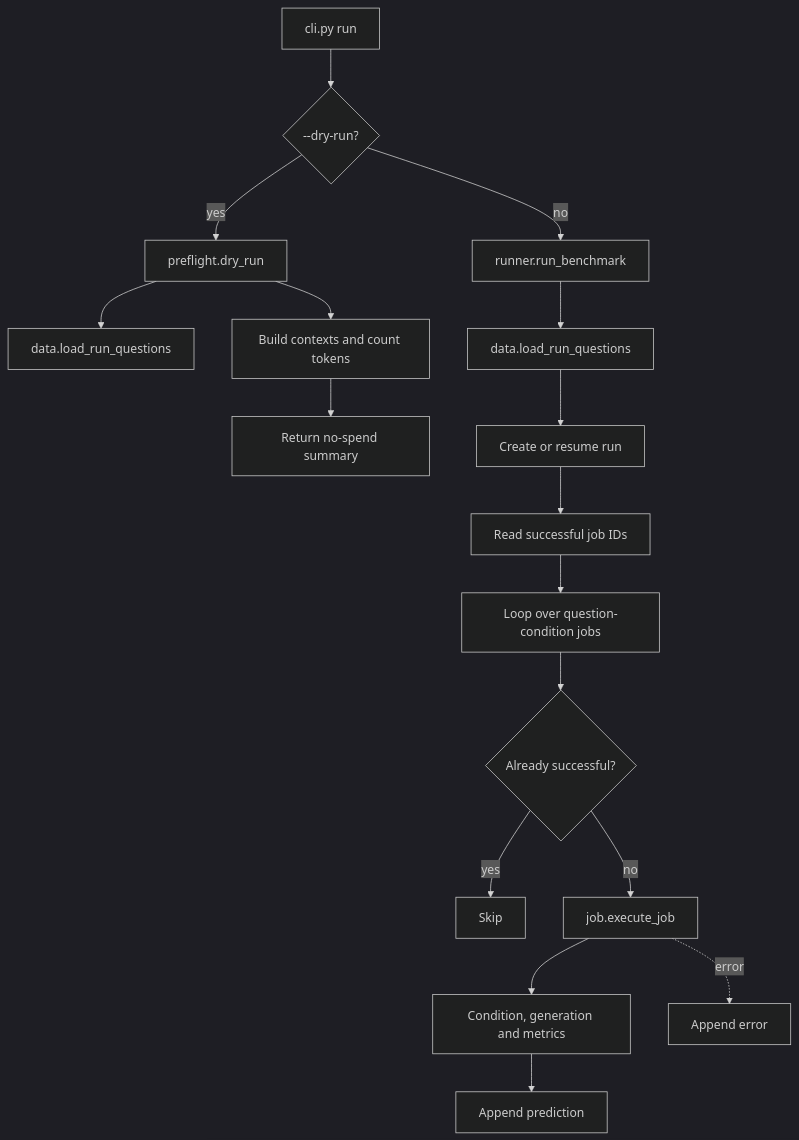
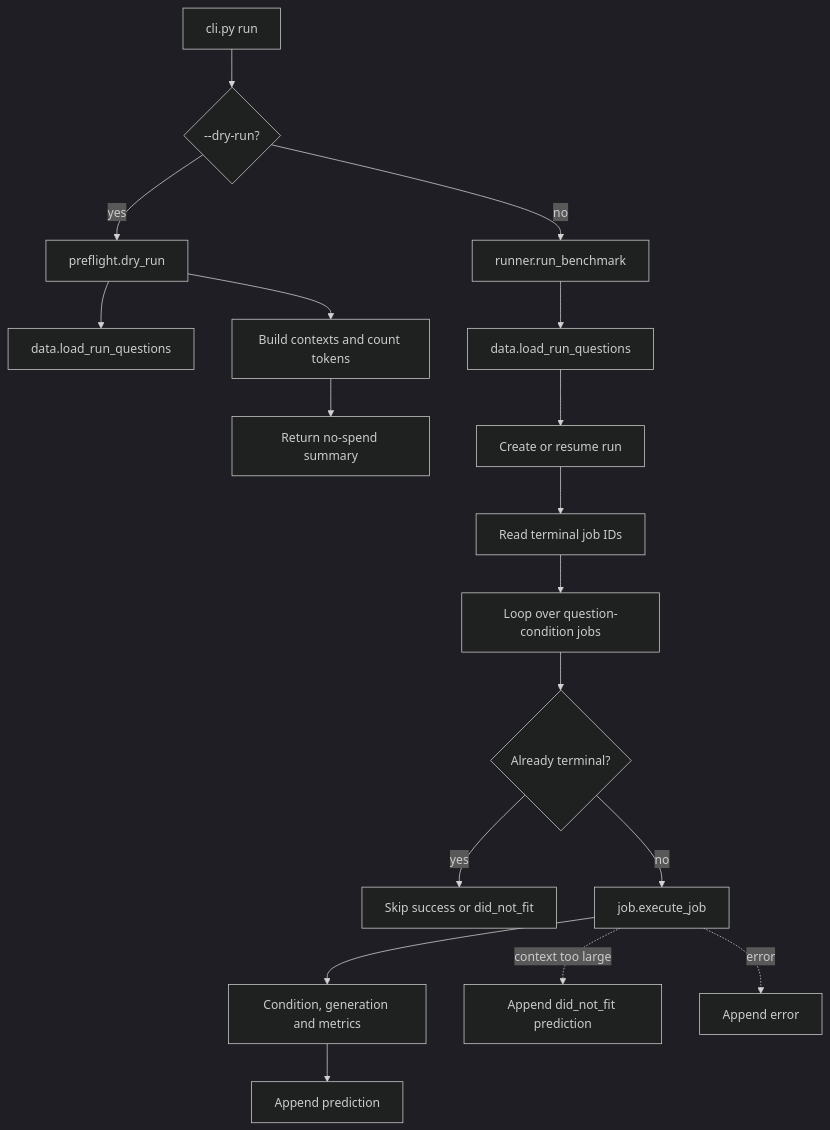
One commit to 14zhasim/Agentic_RAG changed the seventh of 10 diagrams in docs sys design/benchmark/FinanceBench Implementation Guide.md. Above: the diagram before and after it, drawn with Mermaid (dark theme). The commit also changed other lines of this file and 7 other files, not shown here.

Commit message:
feat: record terminal context overflows

````diff
--- a/docs sys design/benchmark/FinanceBench Implementation Guide.md
+++ b/docs sys design/benchmark/FinanceBench Implementation Guide.md
@@ -907,19 +991,20 @@
 ```mermaid
 flowchart TD
     A[cli.py run] --> B{--dry-run?}
     B -- yes --> C[preflight.dry_run]
     C --> D[data.load_run_questions]
     C --> E[Build contexts and count tokens]
     E --> F[Return no-spend summary]
     B -- no --> G[runner.run_benchmark]
     G --> H[data.load_run_questions]
     H --> I[Create or resume run]
-    I --> J[Read successful job IDs]
+    I --> J[Read terminal job IDs]
     J --> K[Loop over question-condition jobs]
-    K --> L{Already successful?}
-    L -- yes --> M[Skip]
+    K --> L{Already terminal?}
+    L -- yes --> M[Skip success or did_not_fit]
     L -- no --> N[job.execute_job]
     N --> O[Condition, generation and metrics]
     O --> P[Append prediction]
+    N -. context too large .-> DNF[Append did_not_fit prediction]
     N -. error .-> Q[Append error]
 ```
````
